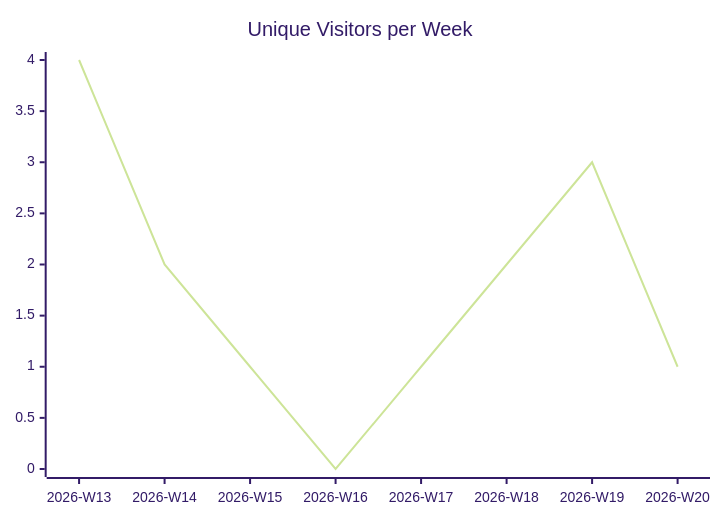
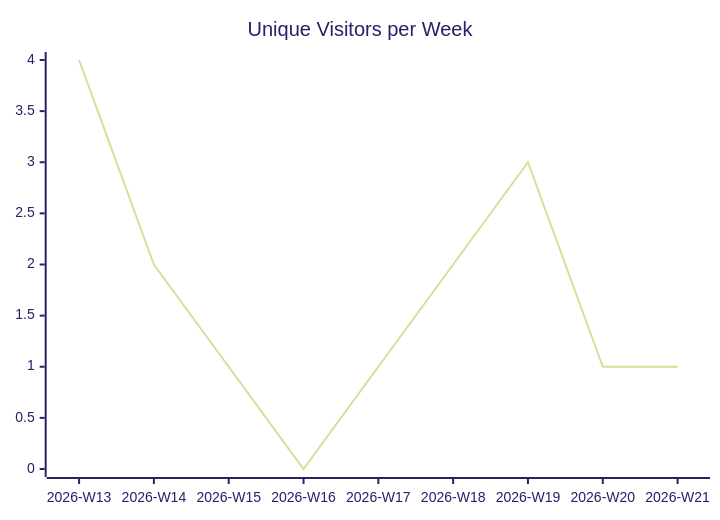
The first of 3 diagrams in karlmdavis/xmlpull/README.md (justdavis-family/github-analytics-data), drawn with Mermaid (forest theme) before and after one commit. The commit also changed other lines of this file and 189 other files, not shown here.

````diff
--- a/karlmdavis/xmlpull/README.md
+++ b/karlmdavis/xmlpull/README.md
@@ -5,6 +5,6 @@
 ```mermaid
 xychart-beta
   title "Unique Visitors per Week"
-  x-axis ["2026-W13", "2026-W14", "2026-W15", "2026-W16", "2026-W17", "2026-W18", "2026-W19", "2026-W20"]
-  line [4, 2, 1, 0, 1, 2, 3, 1]
+  x-axis ["2026-W13", "2026-W14", "2026-W15", "2026-W16", "2026-W17", "2026-W18", "2026-W19", "2026-W20", "2026-W21"]
+  line [4, 2, 1, 0, 1, 2, 3, 1, 1]
 ```
````
